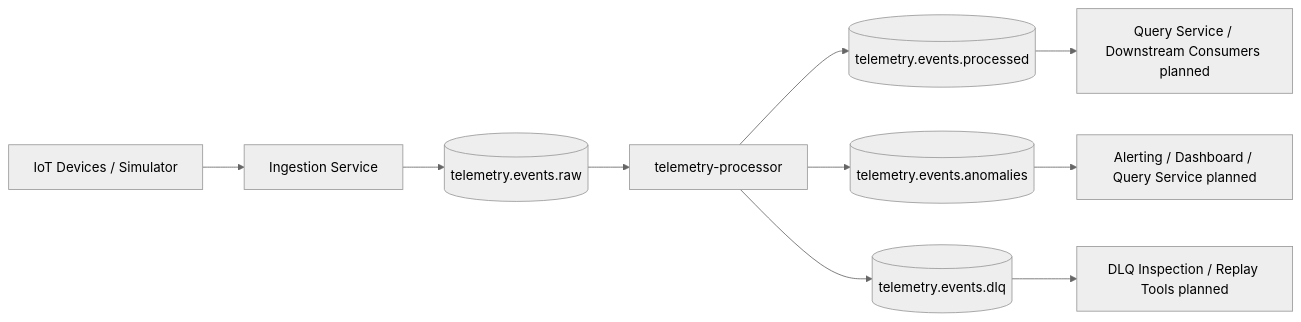
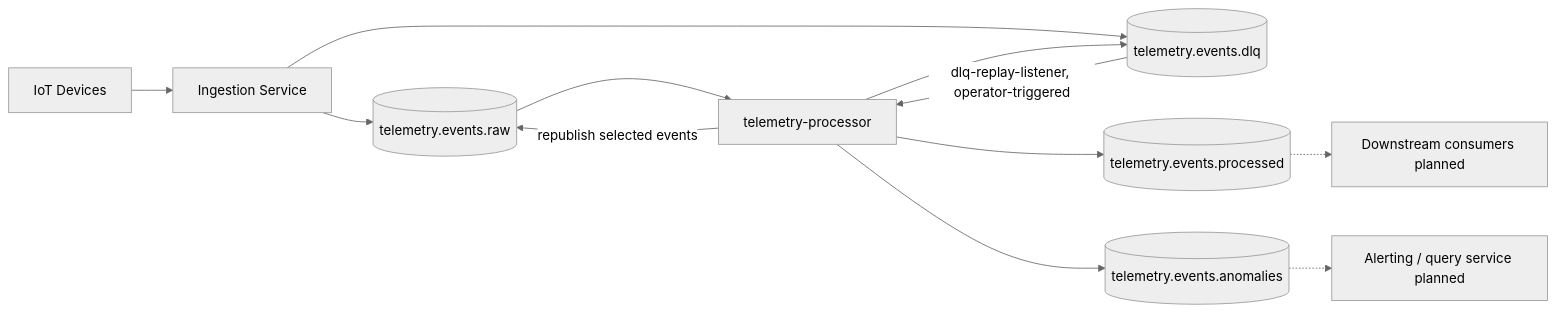
One commit to ME-Massine/pulsestream changed the diagram in docs/diagrams/kafka-topology.md. Above: the diagram before and after it, drawn with Mermaid (neutral theme). The commit also changed other lines of this file and 15 other files, not shown here.

First line of the commit message:
docs: synchronize project state, roadmap, and diagrams (#261)

````diff
--- a/docs/diagrams/kafka-topology.md
+++ b/docs/diagrams/kafka-topology.md
@@ -5,15 +5,18 @@
 ```mermaid
 flowchart LR
-    A[IoT Devices / Simulator] --> B[Ingestion Service]
+    A[IoT Devices] --> B[Ingestion Service]
     B --> T1[(telemetry.events.raw)]
+    B --> T4[(telemetry.events.dlq)]
 
     T1 --> C[telemetry-processor]
 
     C --> T2[(telemetry.events.processed)]
     C --> T3[(telemetry.events.anomalies)]
-    C --> T4[(telemetry.events.dlq)]
+    C --> T4
 
-    T2 --> D[Query Service / Downstream Consumers planned]
-    T3 --> E[Alerting / Dashboard / Query Service planned]
-    T4 --> F[DLQ Inspection / Replay Tools planned]
+    T4 -->|dlq-replay-listener, operator-triggered| C
+    C -->|republish selected events| T1
+
+    T2 -.-> D[Downstream consumers planned]
+    T3 -.-> E[Alerting / query service planned]
 ```
````
